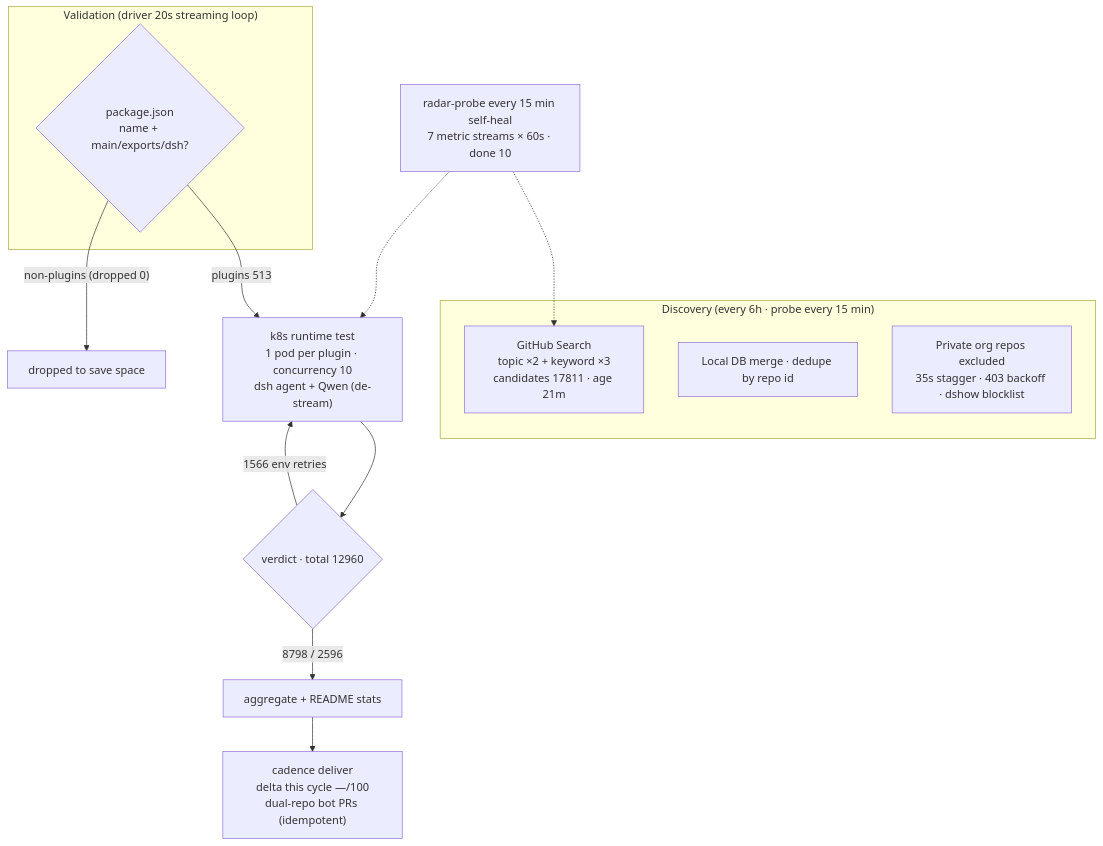
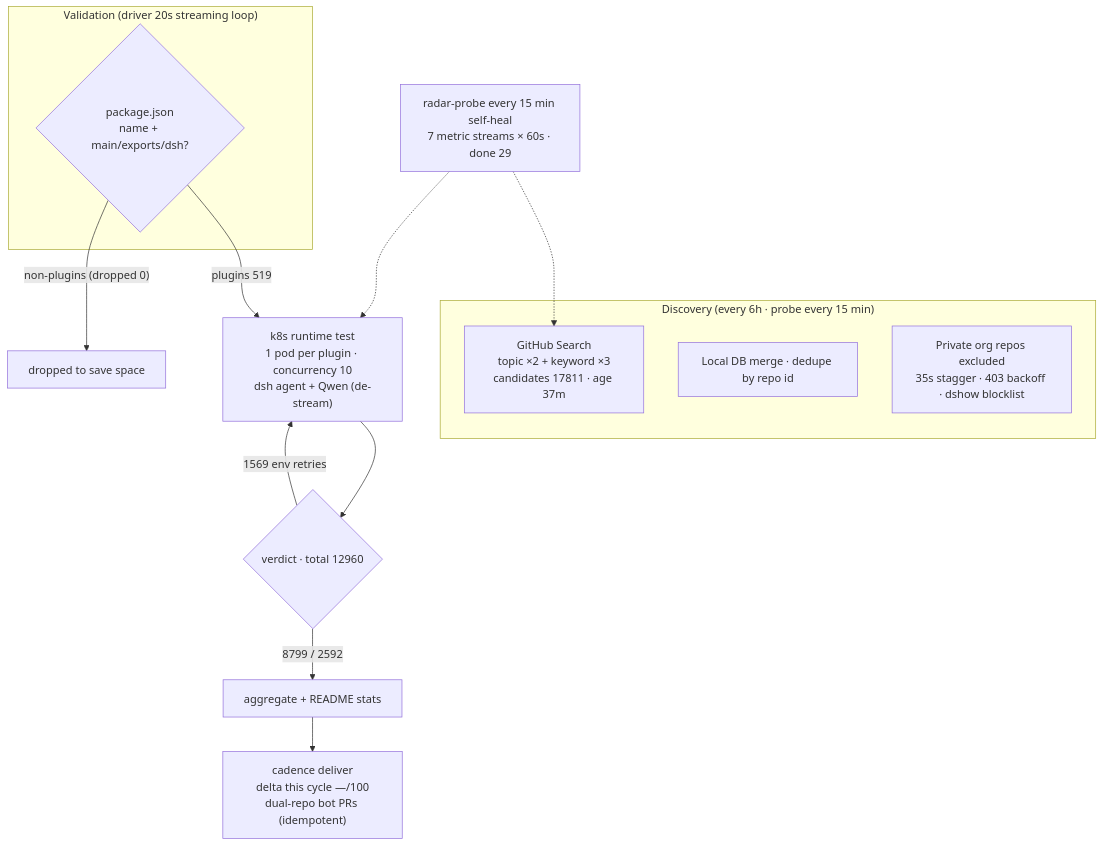
Before and after one commit to AdamPlatin123/awesome-dsh-plugins: the diagram in README.en-US.md, drawn with Mermaid. The commit also changed other lines of this file and 5 other files, not shown here.

````diff
--- a/README.en-US.md
+++ b/README.en-US.md
@@ -45,20 +45,20 @@
 ```mermaid
 flowchart TB
     subgraph Discovery["Discovery (every 6h · probe every 15 min)"]
-        A1["GitHub Search<br/>topic ×2 + keyword ×3<br/>candidates 17811 · age 21m"]
+        A1["GitHub Search<br/>topic ×2 + keyword ×3<br/>candidates 17811 · age 37m"]
         A2["Local DB merge · dedupe by repo id"]
         A3["Private org repos excluded<br/>35s stagger · 403 backoff · dshow blocklist"]
     end
     subgraph Validation["Validation (driver 20s streaming loop)"]
         B1{"package.json<br/>name + main/exports/dsh?"}
     end
-    B1 -->|"plugins 513"| C1["k8s runtime test<br/>1 pod per plugin · concurrency 10<br/>dsh agent + Qwen (de-stream)"]
+    B1 -->|"plugins 519"| C1["k8s runtime test<br/>1 pod per plugin · concurrency 10<br/>dsh agent + Qwen (de-stream)"]
     B1 -->|"non-plugins (dropped 0)"| B3["dropped to save space"]
     C1 --> D1{"verdict · total 12960"}
-    D1 -->|"8798 / 2596"| E1["aggregate + README stats"]
-    D1 -->|"1566 env retries"| C1
+    D1 -->|"8799 / 2592"| E1["aggregate + README stats"]
+    D1 -->|"1569 env retries"| C1
     E1 --> E2["cadence deliver<br/>delta this cycle —/100<br/>dual-repo bot PRs (idempotent)"]
-    M["radar-probe every 15 min self-heal<br/>7 metric streams × 60s · done 10"]
+    M["radar-probe every 15 min self-heal<br/>7 metric streams × 60s · done 29"]
     M -.-> A1
     M -.-> C1
 ```
````
